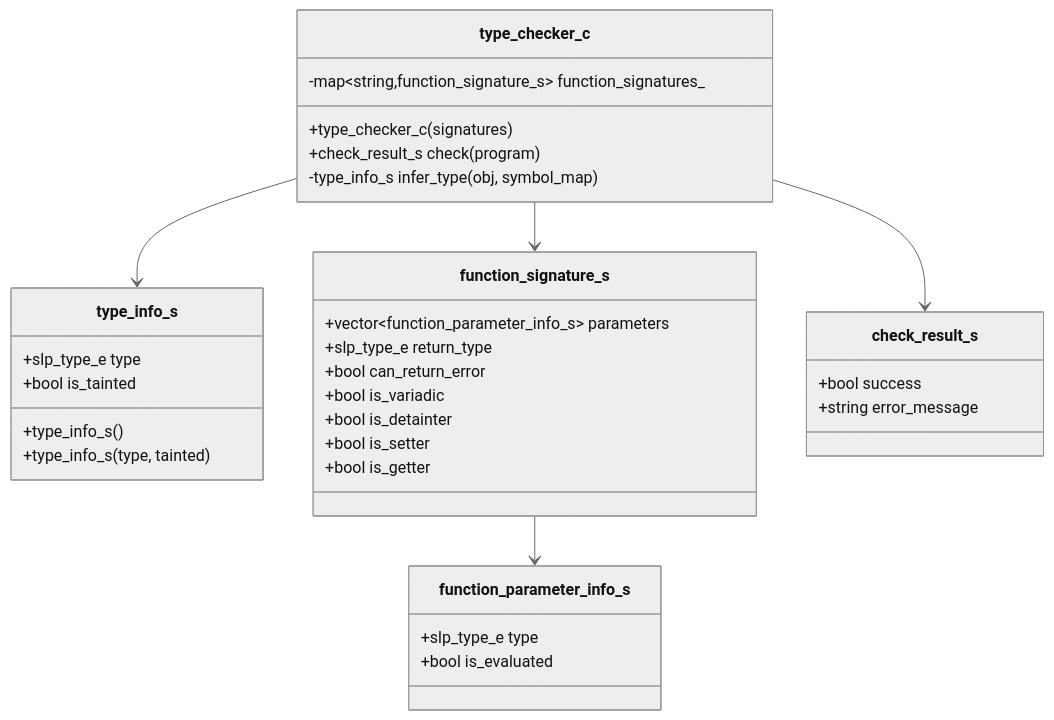
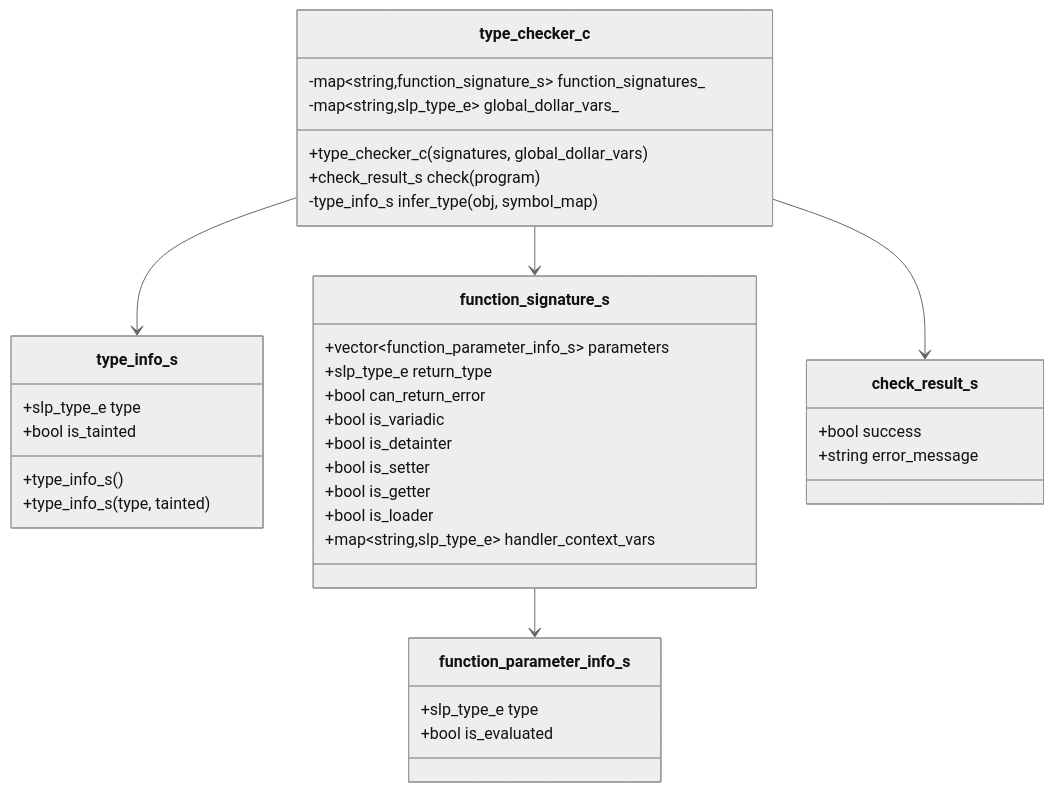
One commit to bosley/sxs changed the second of 7 diagrams in pkg/ts/ts.md. Above: the diagram before and after it, drawn with Mermaid (neutral theme). The commit also changed other lines of this file and 12 other files, not shown here.

````diff
--- a/pkg/ts/ts.md
+++ b/pkg/ts/ts.md
@@ -48,41 +50,44 @@
 ```mermaid
 classDiagram
     class type_info_s {
         +slp_type_e type
         +bool is_tainted
         +type_info_s()
         +type_info_s(type, tainted)
     }
     
     class function_parameter_info_s {
         +slp_type_e type
         +bool is_evaluated
     }
     
     class function_signature_s {
         +vector~function_parameter_info_s~ parameters
         +slp_type_e return_type
         +bool can_return_error
         +bool is_variadic
         +bool is_detainter
         +bool is_setter
         +bool is_getter
+        +bool is_loader
+        +map~string,slp_type_e~ handler_context_vars
     }
     
     class type_checker_c {
         -map~string,function_signature_s~ function_signatures_
-        +type_checker_c(signatures)
+        -map~string,slp_type_e~ global_dollar_vars_
+        +type_checker_c(signatures, global_dollar_vars)
         +check_result_s check(program)
         -type_info_s infer_type(obj, symbol_map)
     }
     
     class check_result_s {
         +bool success
         +string error_message
     }
     
     type_checker_c --> function_signature_s
     type_checker_c --> check_result_s
     function_signature_s --> function_parameter_info_s
     type_checker_c --> type_info_s
 ```
````
